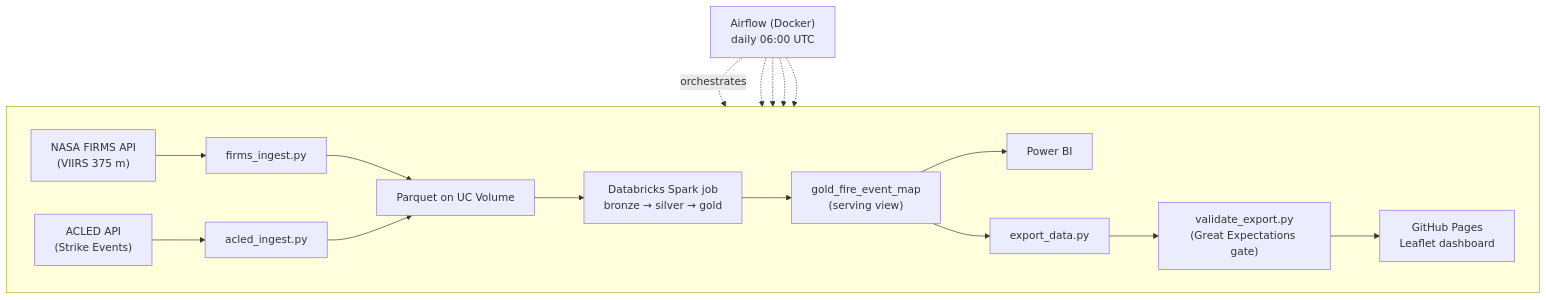
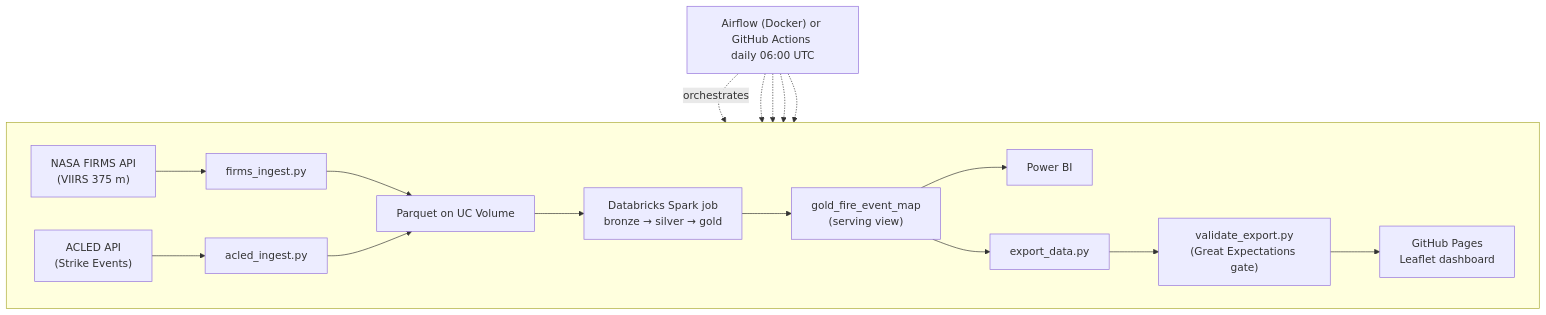
The diagram in README.md (artkha1/StrikeMatch), drawn with Mermaid before and after one commit. The commit also changed other lines of this file and 3 other files, not shown here.

````diff
--- a/README.md
+++ b/README.md
@@ -15,24 +15,24 @@
 ```mermaid
 flowchart TB
-    AF["Airflow (Docker)<br/>daily 06:00 UTC"]
+    AF["Airflow (Docker) or GitHub Actions <br/>daily 06:00 UTC"]
 
     subgraph pipeline[" "]
         direction LR
         FIRMS["NASA FIRMS API<br/>(VIIRS 375 m)"] --> IF["firms_ingest.py"]
         ACLED["ACLED API<br/>(Strike Events)"] --> IA["acled_ingest.py"]
         IF --> VOL["Parquet on UC Volume"]
         IA --> VOL
         VOL --> JOB["Databricks Spark job<br/>bronze → silver → gold"]
         JOB --> VIEW["gold_fire_event_map<br/>(serving view)"]
         VIEW --> PBI["Power BI"]
         VIEW --> EXP["export_data.py"]
         EXP --> DQ["validate_export.py<br/>(Great Expectations gate)"]
         DQ --> PAGES["GitHub Pages<br/>Leaflet dashboard"]
     end
 
     AF -. orchestrates .-> IF
     AF -.-> IA
     AF -.-> JOB
     AF -.-> EXP
     AF -.-> DQ
 ```
````
